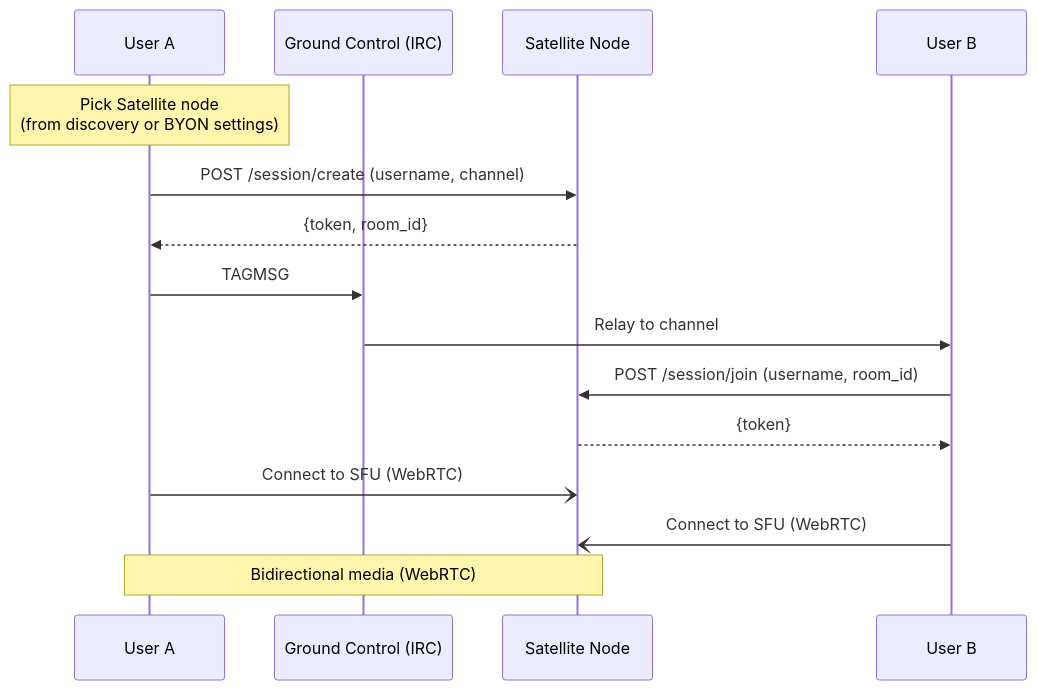
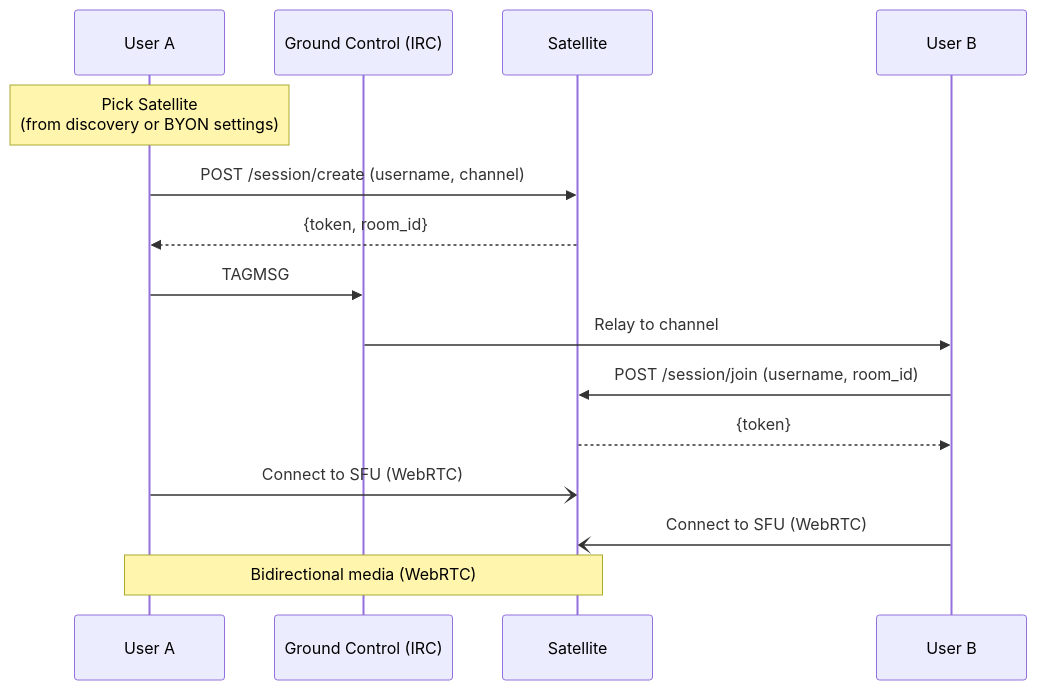
One commit to hivecom/orbit-spec changed the first of 2 diagrams in spec/02-components/02-satellite.md. Above: the diagram before and after it, drawn with Mermaid. The commit also changed other lines of this file and 10 other files, not shown here.

Commit message:
Clarify Satellite architecture and naming

````diff
--- a/spec/02-components/02-satellite.md
+++ b/spec/02-components/02-satellite.md
@@ -97,22 +101,22 @@
 ```mermaid
 sequenceDiagram
     participant A as User A
     participant GC as Ground Control (IRC)
-    participant SAT as Satellite Node
+    participant SAT as Satellite
     participant B as User B
 
-    note over A: Pick Satellite node<br/>(from discovery or BYON settings)
+    note over A: Pick Satellite<br/>(from discovery or BYON settings)
 
     A->>SAT: POST /session/create (username, channel)
     SAT-->>A: {token, room_id}
 
     A->>GC: TAGMSG #gaming.strategy +orbit/sat-invite=…
     GC->>B: Relay to channel
 
     B->>SAT: POST /session/join (username, room_id)
     SAT-->>B: {token}
 
     A-)SAT: Connect to SFU (WebRTC)
     B-)SAT: Connect to SFU (WebRTC)
     note over A,SAT: Bidirectional media (WebRTC)
 ```
````
